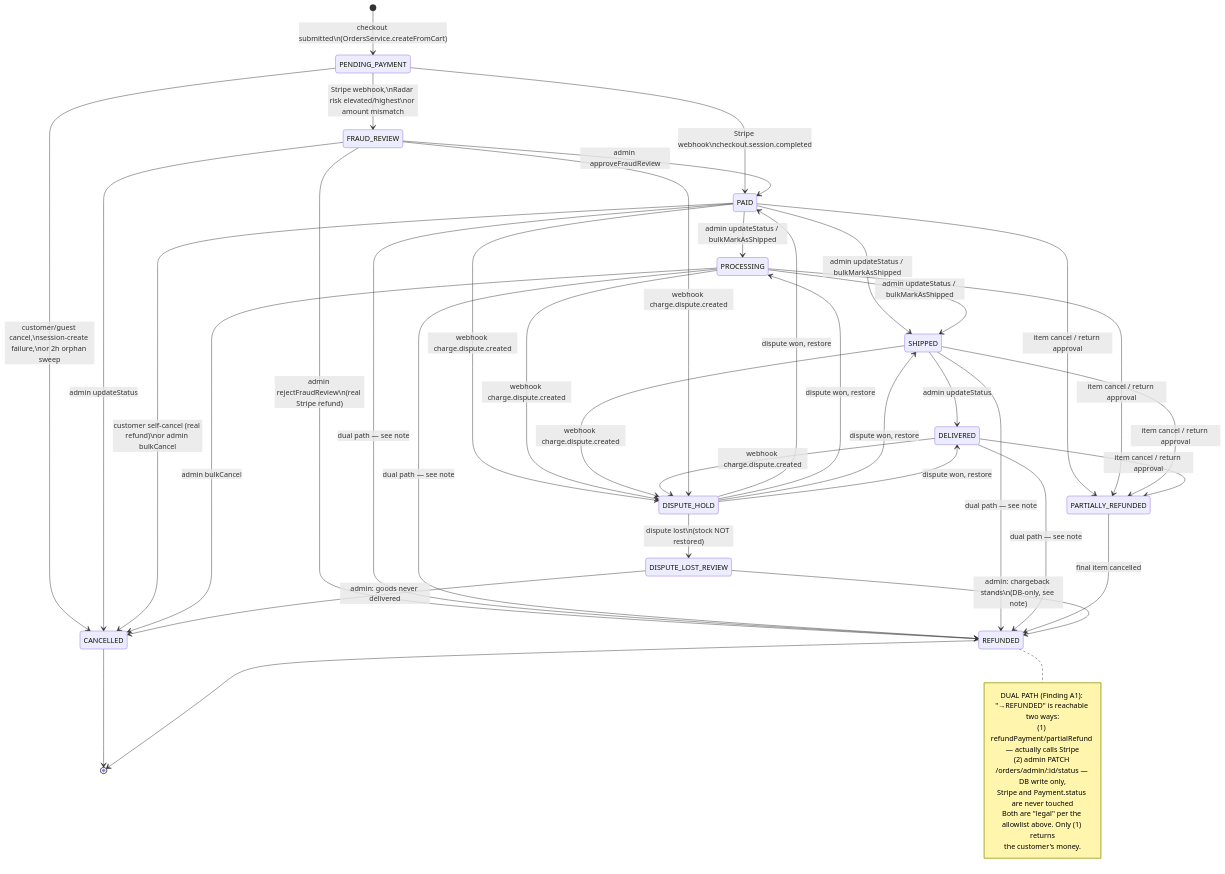
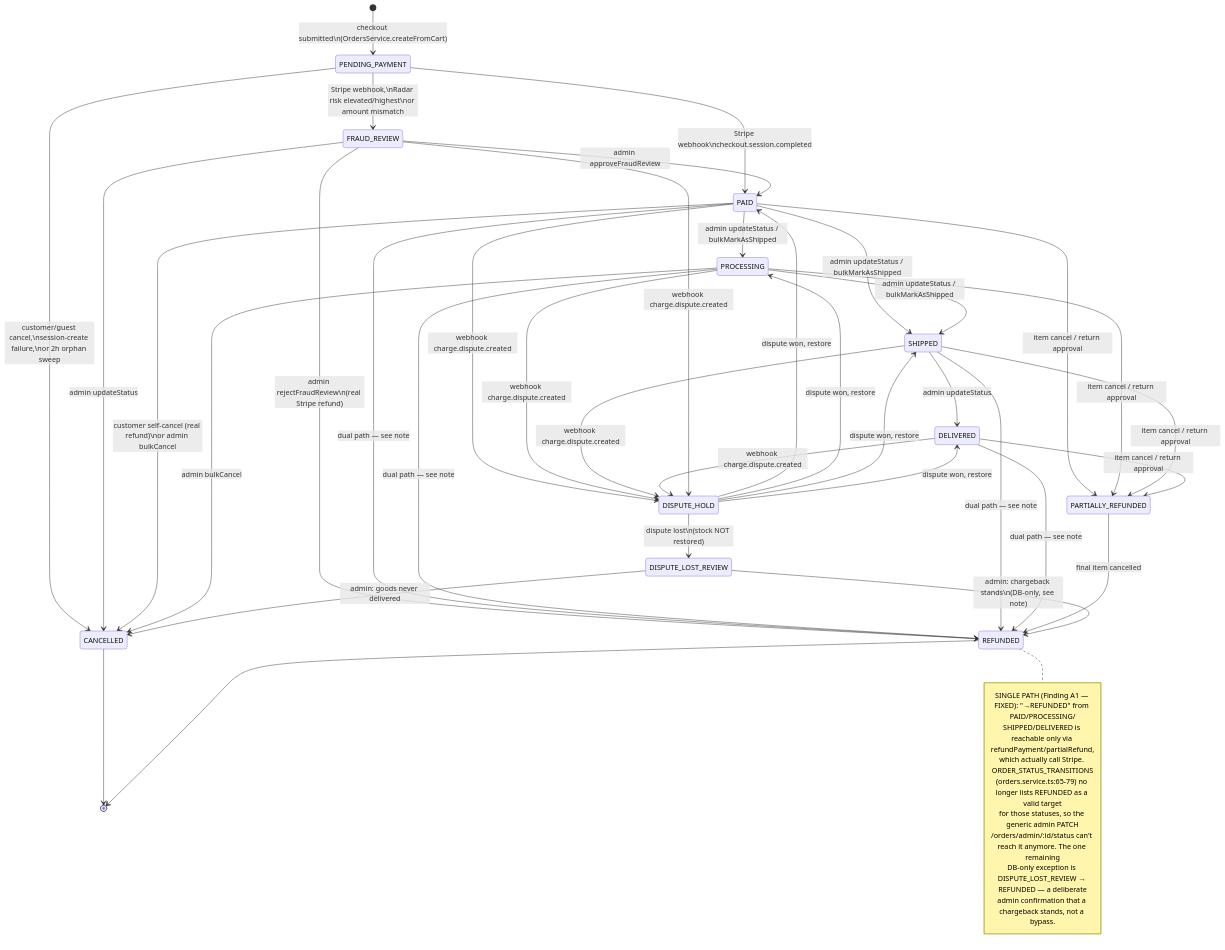
The first of 9 diagrams in docs/business-process-model.md (Stasiek99/e-commerce_ob_1), drawn with Mermaid before and after one commit. The commit also changed other lines of this file and 3 other files, not shown here.

````diff
--- a/docs/business-process-model.md
+++ b/docs/business-process-model.md
@@ -41,58 +41,60 @@
 ```mermaid
 stateDiagram-v2
     [*] --> PENDING_PAYMENT: checkout submitted\n(OrdersService.createFromCart)
 
     PENDING_PAYMENT --> PAID: Stripe webhook\ncheckout.session.completed
     PENDING_PAYMENT --> FRAUD_REVIEW: Stripe webhook,\nRadar risk elevated/highest\nor amount mismatch
     PENDING_PAYMENT --> CANCELLED: customer/guest cancel,\nsession-create failure,\nor 2h orphan sweep
 
     FRAUD_REVIEW --> PAID: admin approveFraudReview
     FRAUD_REVIEW --> REFUNDED: admin rejectFraudReview\n(real Stripe refund)
     FRAUD_REVIEW --> CANCELLED: admin updateStatus
 
     PAID --> PROCESSING: admin updateStatus / bulkMarkAsShipped
     PAID --> SHIPPED: admin updateStatus / bulkMarkAsShipped
     PROCESSING --> SHIPPED: admin updateStatus / bulkMarkAsShipped
     SHIPPED --> DELIVERED: admin updateStatus
 
     PAID --> CANCELLED: customer self-cancel (real refund)\nor admin bulkCancel
     PROCESSING --> CANCELLED: admin bulkCancel
 
     PAID --> REFUNDED: dual path — see note
     PROCESSING --> REFUNDED: dual path — see note
     SHIPPED --> REFUNDED: dual path — see note
     DELIVERED --> REFUNDED: dual path — see note
 
     PAID --> PARTIALLY_REFUNDED: item cancel / return approval
     PROCESSING --> PARTIALLY_REFUNDED: item cancel / return approval
     SHIPPED --> PARTIALLY_REFUNDED: item cancel / return approval
     DELIVERED --> PARTIALLY_REFUNDED: item cancel / return approval
     PARTIALLY_REFUNDED --> REFUNDED: final item cancelled
 
     PAID --> DISPUTE_HOLD: webhook charge.dispute.created
     PROCESSING --> DISPUTE_HOLD: webhook charge.dispute.created
     SHIPPED --> DISPUTE_HOLD: webhook charge.dispute.created
     DELIVERED --> DISPUTE_HOLD: webhook charge.dispute.created
     FRAUD_REVIEW --> DISPUTE_HOLD: webhook charge.dispute.created
 
     DISPUTE_HOLD --> PAID: dispute won, restore
     DISPUTE_HOLD --> PROCESSING: dispute won, restore
     DISPUTE_HOLD --> SHIPPED: dispute won, restore
     DISPUTE_HOLD --> DELIVERED: dispute won, restore
     DISPUTE_HOLD --> DISPUTE_LOST_REVIEW: dispute lost\n(stock NOT restored)
 
     DISPUTE_LOST_REVIEW --> CANCELLED: admin: goods never delivered
     DISPUTE_LOST_REVIEW --> REFUNDED: admin: chargeback stands\n(DB-only, see note)
 
     CANCELLED --> [*]
     REFUNDED --> [*]
 
     note right of REFUNDED
-      DUAL PATH (Finding A1): "→REFUNDED" is reachable two ways:
-      (1) refundPayment/partialRefund — actually calls Stripe
-      (2) admin PATCH /orders/admin/:id/status — DB write only,
-          Stripe and Payment.status are never touched
-      Both are "legal" per the allowlist above. Only (1) returns
-      the customer's money.
+      SINGLE PATH (Finding A1 — FIXED): "→REFUNDED" from PAID/PROCESSING/
+      SHIPPED/DELIVERED is reachable only via refundPayment/partialRefund,
+      which actually call Stripe. ORDER_STATUS_TRANSITIONS
+      (orders.service.ts:65-79) no longer lists REFUNDED as a valid target
+      for those statuses, so the generic admin PATCH
+      /orders/admin/:id/status can't reach it anymore. The one remaining
+      DB-only exception is DISPUTE_LOST_REVIEW → REFUNDED — a deliberate
+      admin confirmation that a chargeback stands, not a bypass.
     end note
 ```
````
